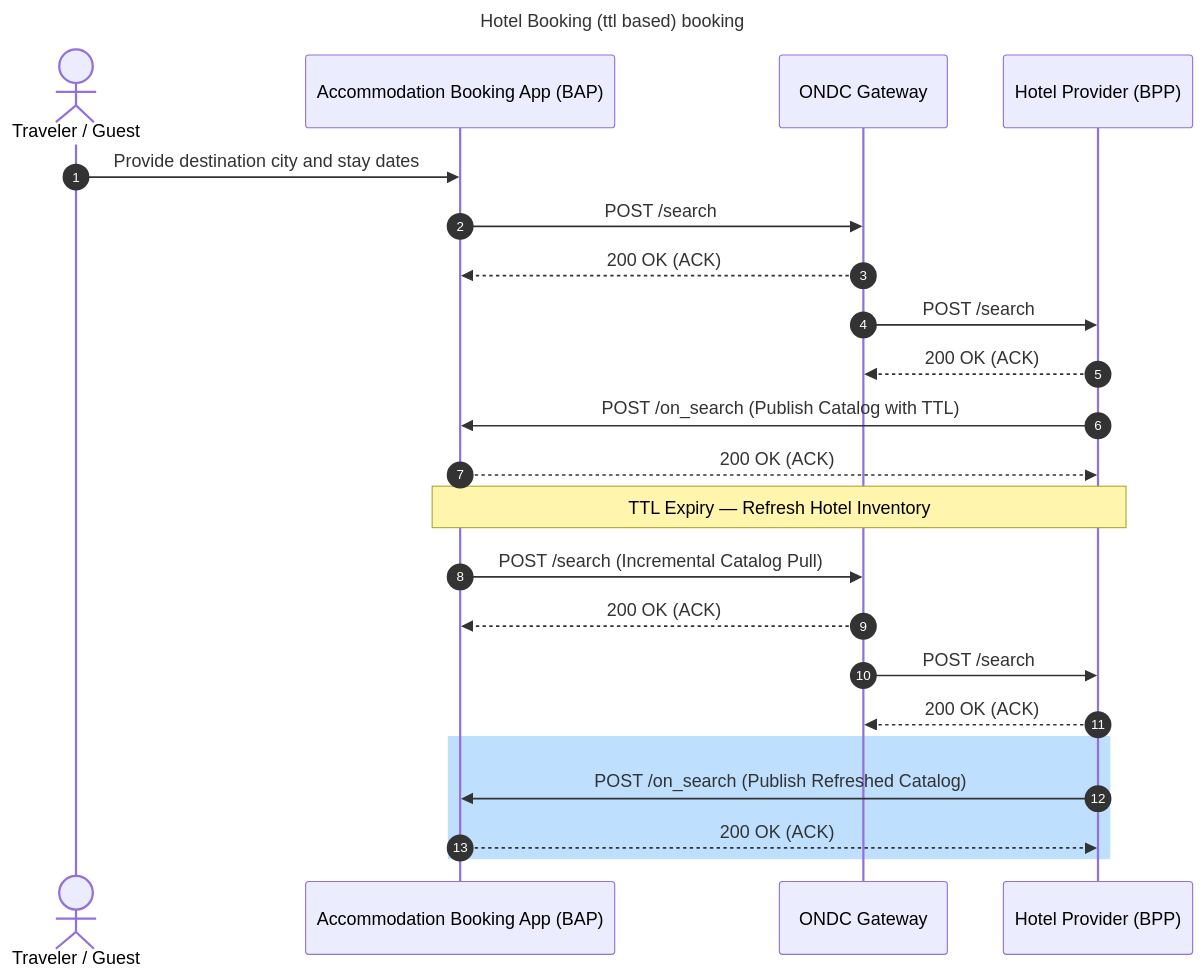
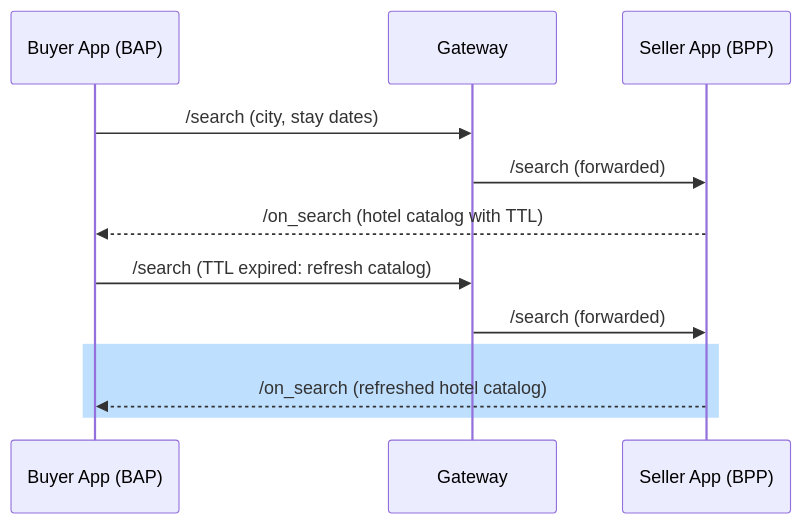
Before and after one commit to ONDC-Official/automation-specifications: the fourth of 4 diagrams in config/docs/hotel-booking-ttl-based-booking-sequence-diagrams.md, drawn with Mermaid. The commit also changed other lines of this file and 9 other files, not shown here.

````diff
--- a/config/docs/hotel-booking-ttl-based-booking-sequence-diagrams.md
+++ b/config/docs/hotel-booking-ttl-based-booking-sequence-diagrams.md
@@ -100,26 +63,14 @@
 ```mermaid
 sequenceDiagram
-    title Hotel Booking (ttl based) booking
-    autonumber
-    actor User as Traveler / Guest
-    participant BAP as Accommodation Booking App (BAP)
-    participant BG as ONDC Gateway
-    participant BPP as Hotel Provider (BPP)
-
-    User->>BAP: Provide destination city and stay dates
-    BAP->>BG: POST /search
-    BG-->>BAP: 200 OK (ACK)
-    BG->>BPP: POST /search
-    BPP-->>BG: 200 OK (ACK)
-    BPP->>BAP: POST /on_search (Publish Catalog with TTL)
-    BAP-->>BPP: 200 OK (ACK)
-    Note over BAP,BPP: TTL Expiry — Refresh Hotel Inventory
-    BAP->>BG: POST /search (Incremental Catalog Pull)
-    BG-->>BAP: 200 OK (ACK)
-    BG->>BPP: POST /search
-    BPP-->>BG: 200 OK (ACK)
-    rect rgb(191, 223, 255)
-    BPP->>BAP: POST /on_search (Publish Refreshed Catalog)
-    BAP-->>BPP: 200 OK (ACK)
-    end
+  participant Buyer App (BAP)
+  participant Gateway
+  participant Seller App (BPP)
+  Buyer App (BAP)->>Gateway: /search (city, stay dates)
+  Gateway->>Seller App (BPP): /search (forwarded)
+  Seller App (BPP)-->>Buyer App (BAP): /on_search (hotel catalog with TTL)
+  Buyer App (BAP)->>Gateway: /search (TTL expired: refresh catalog)
+  Gateway->>Seller App (BPP): /search (forwarded)
+  rect rgb(191, 223, 255)
+  Seller App (BPP)-->>Buyer App (BAP): /on_search (refreshed hotel catalog)
+  end
 ```
````
